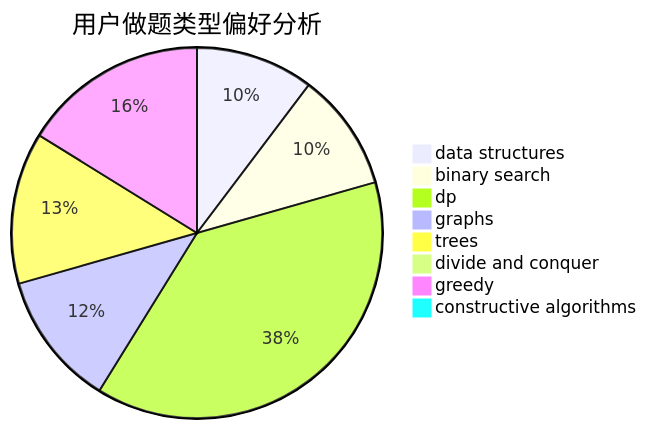
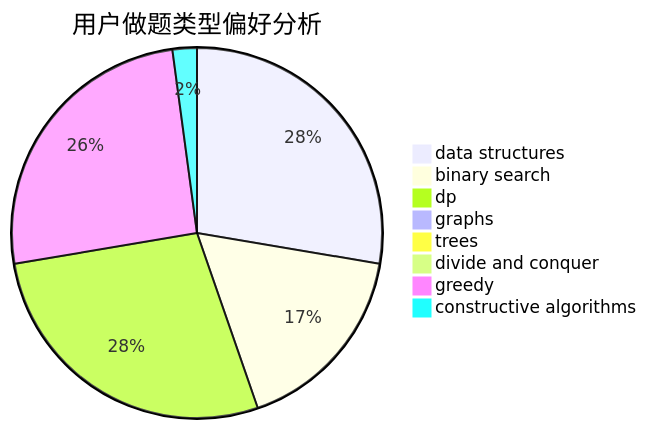
The second of 3 diagrams in docs/user/u1539.md (sherpahu/cfrs.github.io), drawn with Mermaid before and after one commit. The commit also changed other lines of this file and 2770 other files, not shown here.

````diff
--- a/docs/user/u1539.md
+++ b/docs/user/u1539.md
@@ -23,11 +23,11 @@
 ```mermaid
 pie title 用户做题类型偏好分析
-    "data structures" :  7
-    "binary search" :  7
-    "dp" :  26
-    "graphs" :  8
-    "trees" :  9
+    "data structures" :  13
+    "binary search" :  8
+    "dp" :  13
+    "graphs" :  0
+    "trees" :  0
     "divide and conquer" :  0
-    "greedy" :  11
-    "constructive algorithms" :  0
+    "greedy" :  12
+    "constructive algorithms" :  1
 ```
````
